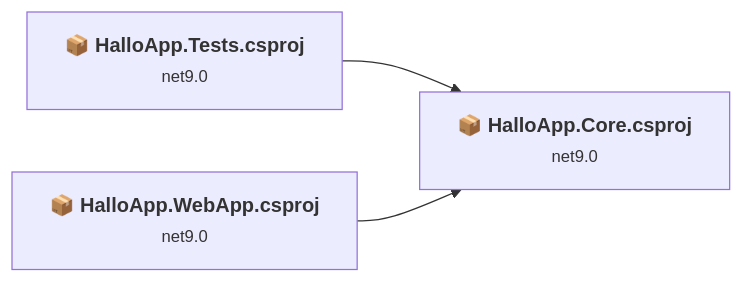
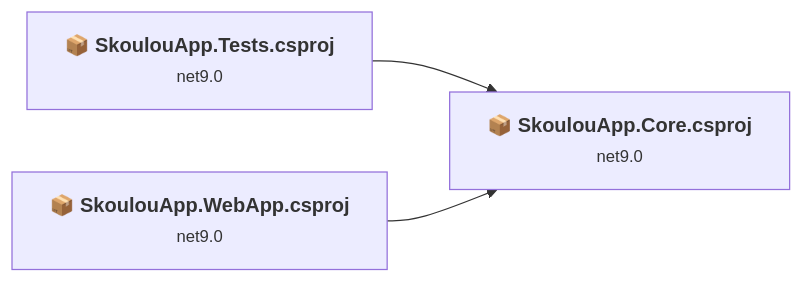
One commit to TabloSuite/TabloSuiteRepo changed the first of 4 diagrams in .github/upgrades/scenarios/dotnet-version-upgrade/assessment.md. Above: the diagram before and after it, drawn with Mermaid. The commit also changed other lines of this file and 415 other files, not shown here.

````diff
--- a/.github/upgrades/scenarios/dotnet-version-upgrade/assessment.md
+++ b/.github/upgrades/scenarios/dotnet-version-upgrade/assessment.md
@@ -105,12 +105,12 @@
 ```mermaid
 flowchart LR
-    P1["<b>📦&nbsp;HalloApp.Core.csproj</b><br/><small>net9.0</small>"]
-    P2["<b>📦&nbsp;HalloApp.Tests.csproj</b><br/><small>net9.0</small>"]
-    P3["<b>📦&nbsp;HalloApp.WebApp.csproj</b><br/><small>net9.0</small>"]
+    P1["<b>📦&nbsp;SkoulouApp.Core.csproj</b><br/><small>net9.0</small>"]
+    P2["<b>📦&nbsp;SkoulouApp.Tests.csproj</b><br/><small>net9.0</small>"]
+    P3["<b>📦&nbsp;SkoulouApp.WebApp.csproj</b><br/><small>net9.0</small>"]
     P2 --> P1
     P3 --> P1
-    click P1 "#halloappcorehalloappcorecsproj"
-    click P2 "#halloapptestshalloapptestscsproj"
-    click P3 "#halloappwebapphalloappwebappcsproj"
+    click P1 "#skoulouappcoreskoulouappcorecsproj"
+    click P2 "#skoulouapptestsskoulouapptestscsproj"
+    click P3 "#skoulouappwebappskoulouappwebappcsproj"
 
 ```
````
